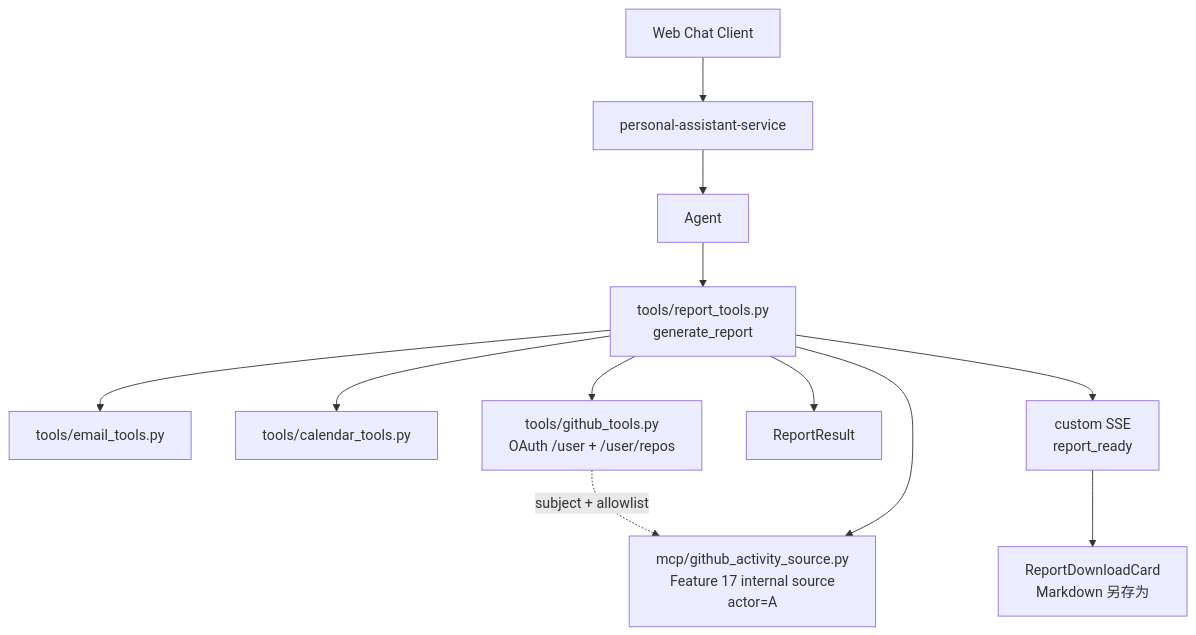
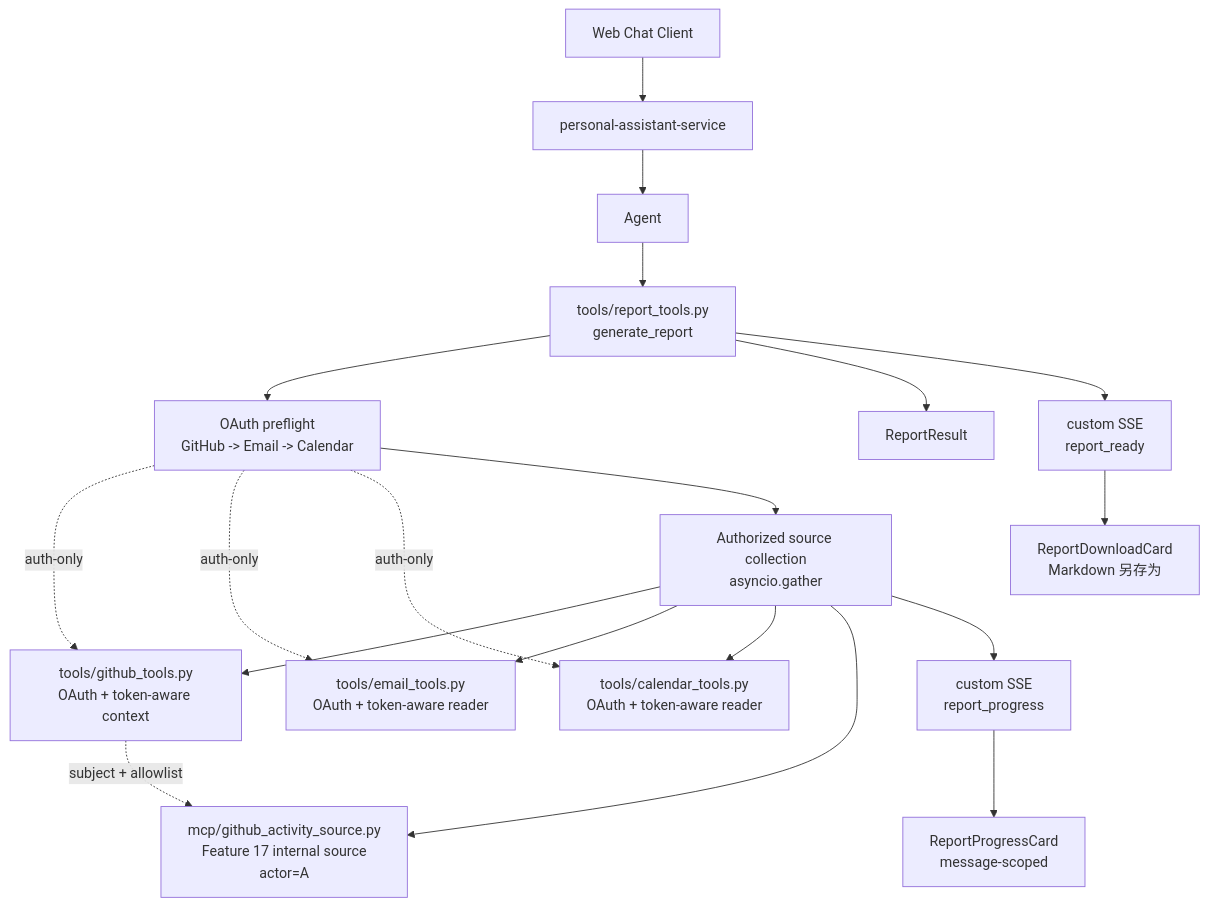
Before and after one commit to T-1009/personal-assistant: the first of 2 diagrams in personal-assistant-meta/issues/features/backlog/feature-18-report-root-capability/plan.md, drawn with Mermaid. The commit also changed other lines of this file and 30 other files, not shown here.

Commit message:
feat(report): Optimize authorization sequence and report generation progress experience for Feature-18

````diff
--- a/personal-assistant-meta/issues/features/backlog/feature-18-report-root-capability/plan.md
+++ b/personal-assistant-meta/issues/features/backlog/feature-18-report-root-capability/plan.md
@@ -80,26 +90,37 @@
 ```mermaid
 flowchart TB
     Client["Web Chat Client"]
     Service["personal-assistant-service"]
     Agent["Agent"]
     ReportTool["tools/report_tools.py<br/>generate_report"]
-    EmailTools["tools/email_tools.py"]
-    CalendarTools["tools/calendar_tools.py"]
-    GitHubOAuth["tools/github_tools.py<br/>OAuth /user + /user/repos"]
+    AuthPhase["OAuth preflight<br/>GitHub -> Email -> Calendar"]
+    CollectionPhase["Authorized source collection<br/>asyncio.gather"]
+    EmailTools["tools/email_tools.py<br/>OAuth + token-aware reader"]
+    CalendarTools["tools/calendar_tools.py<br/>OAuth + token-aware reader"]
+    GitHubOAuth["tools/github_tools.py<br/>OAuth + token-aware context"]
     GitHubSource["mcp/github_activity_source.py<br/>Feature 17 internal source<br/>actor=A"]
     ReportResult["ReportResult"]
+    ProgressStream["custom SSE<br/>report_progress"]
+    ProgressCard["ReportProgressCard<br/>message-scoped"]
     ReportStream["custom SSE<br/>report_ready"]
     ReportCard["ReportDownloadCard<br/>Markdown 另存为"]
 
     Client --> Service
     Service --> Agent
     Agent --> ReportTool
-    ReportTool --> EmailTools
-    ReportTool --> CalendarTools
-    ReportTool --> GitHubOAuth
+    ReportTool --> AuthPhase
+    AuthPhase -. "auth-only" .-> GitHubOAuth
+    AuthPhase -. "auth-only" .-> EmailTools
+    AuthPhase -. "auth-only" .-> CalendarTools
+    AuthPhase --> CollectionPhase
+    CollectionPhase --> GitHubOAuth
+    CollectionPhase --> EmailTools
+    CollectionPhase --> CalendarTools
     GitHubOAuth -. "subject + allowlist" .-> GitHubSource
-    ReportTool --> GitHubSource
+    CollectionPhase --> GitHubSource
+    CollectionPhase --> ProgressStream
+    ProgressStream --> ProgressCard
     ReportTool --> ReportResult
     ReportTool --> ReportStream
     ReportStream --> ReportCard
 ```
````
